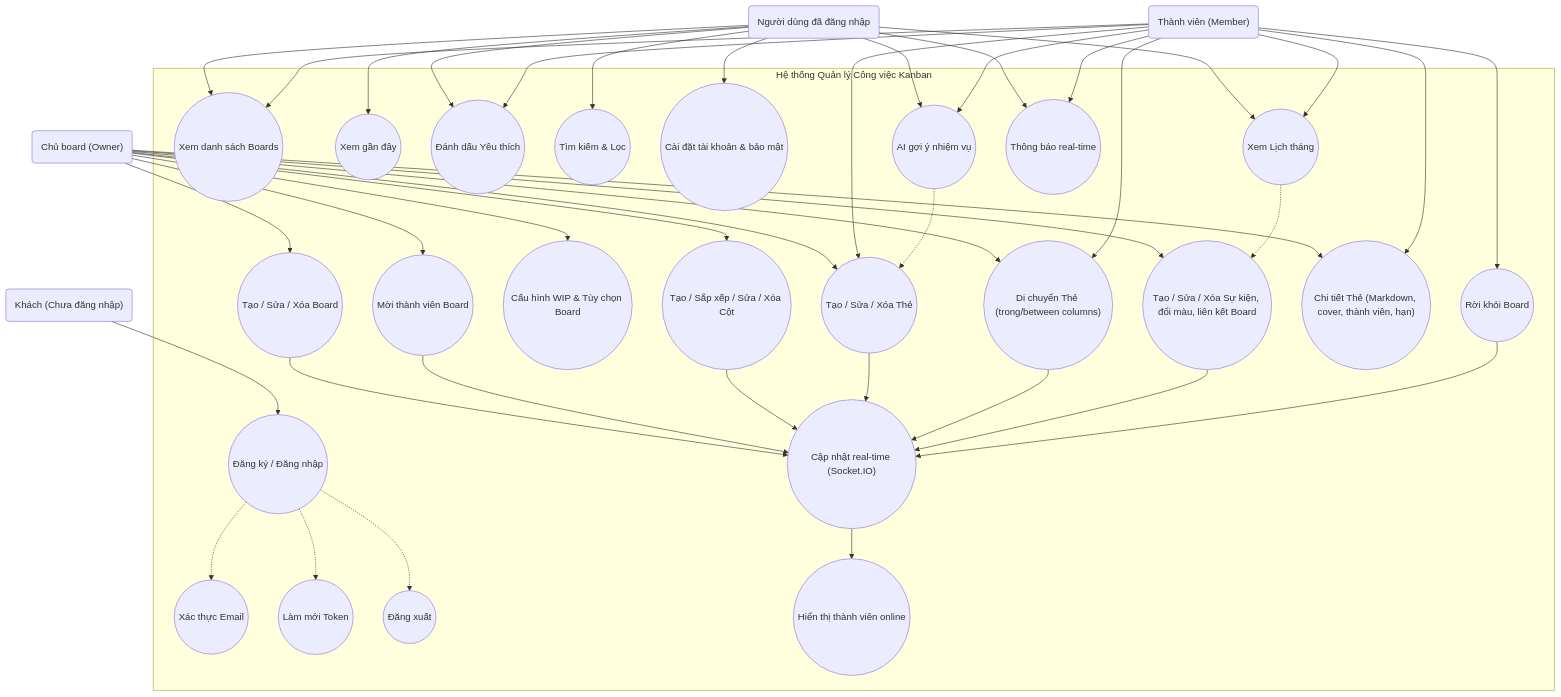
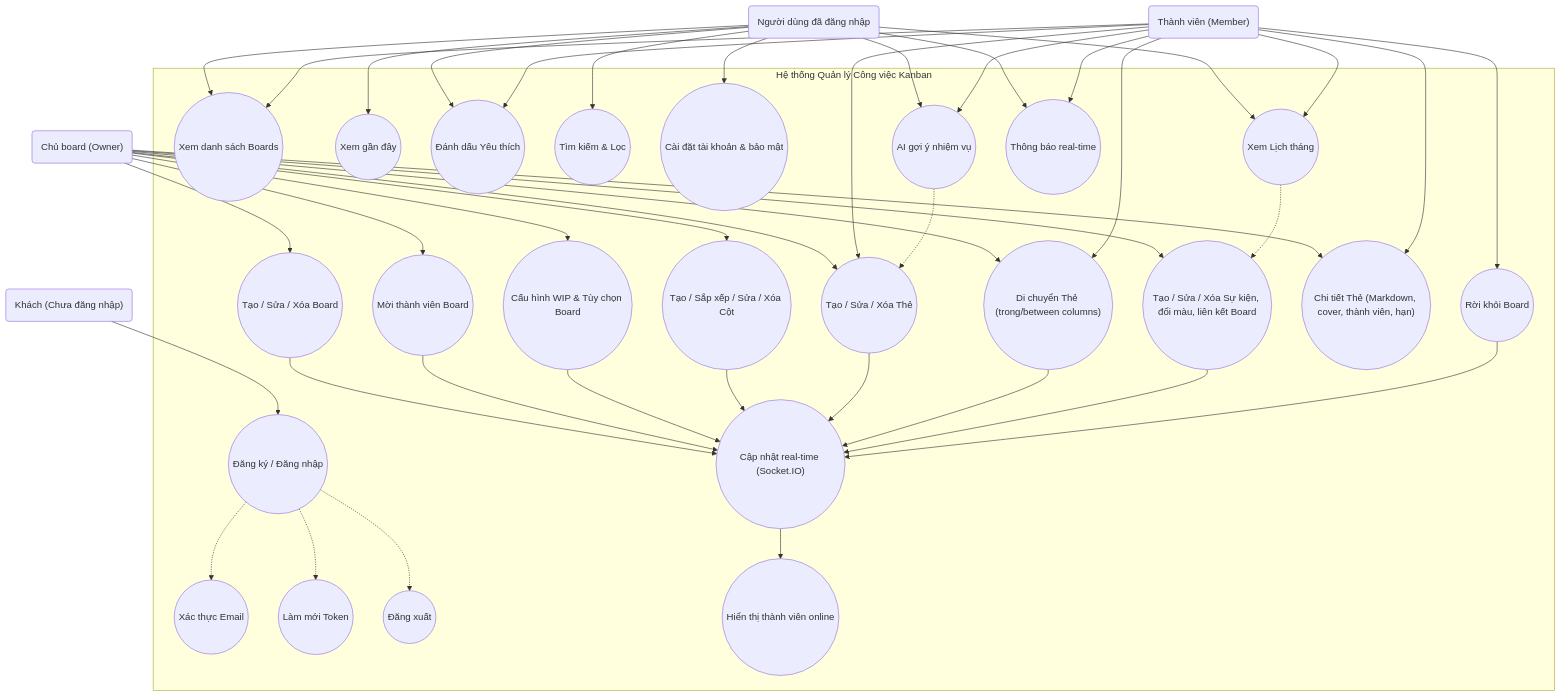
Before and after one commit to sylph03/Todolist: the diagram in docs/diagrams/usecase-overview.md, drawn with Mermaid. The commit also changed other lines of this file and 16 other files, not shown here.

```diff
--- a/docs/diagrams/usecase-overview.md
+++ b/docs/diagrams/usecase-overview.md
@@ -88,6 +88,7 @@
   %% Include/Extend (mối quan hệ nội bộ)
   UC_CreateBoard --> UC_Realtime
   UC_Invite --> UC_Realtime
+  UC_BoardWIP --> UC_Realtime
   UC_ManageColumns --> UC_Realtime
   UC_ManageCards --> UC_Realtime
   UC_MoveCards --> UC_Realtime
```
